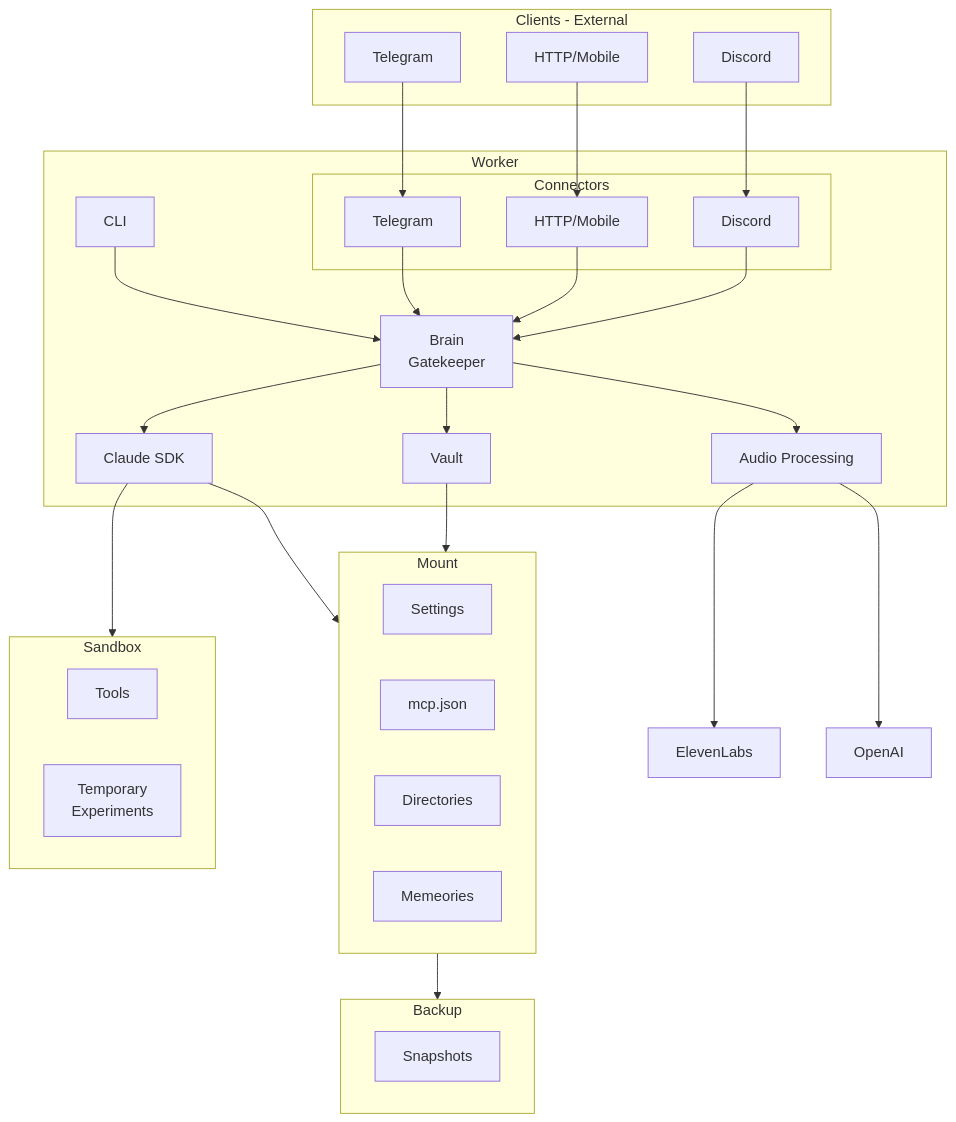
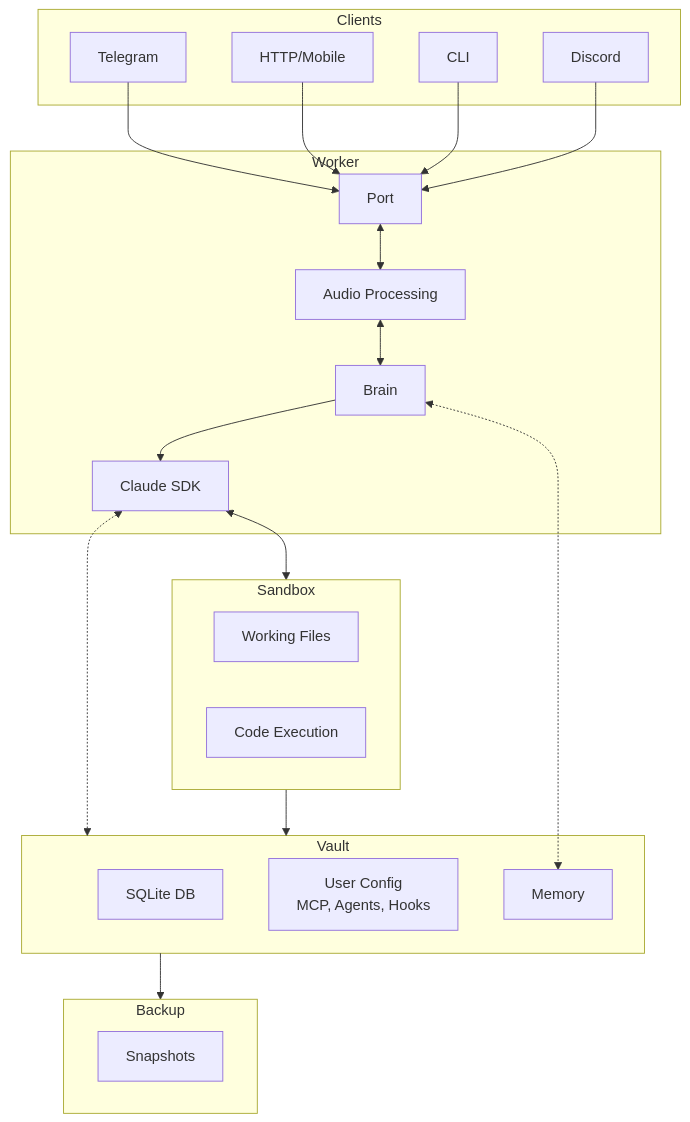
One commit to KoroMind/KoroMind changed the diagram in docs/single-instance-architecture.mmd. Above: the diagram before and after it, drawn with Mermaid. The commit also changed 2 other files, not shown here.

Commit message:
Add single-instance architecture docs with design decisions
- Human-readable doc with 8 key decisions (unified protocol, thin
  connectors, brain is thin, callbacks, vault config, sandbox vs vault,
  worker stateless, single worker)
- Machine-readable specs (SVC-001 to SVC-007)
- Mermaid diagram with bidirectional Audio Processing and SDK↔Vault

```diff
--- a/docs/single-instance-architecture.mmd
+++ b/docs/single-instance-architecture.mmd
@@ -1,58 +1,44 @@
 graph TD
-    subgraph Clients[Clients - External]
+    subgraph Clients[Clients]
         TG[Telegram]
         HTTP[HTTP/Mobile]
+        CLI[CLI]
         DISC[Discord]
     end
 
     subgraph Worker[Worker]
-        subgraph Connectors[Connectors]
-            TGW[Telegram]
-            HTTPW[HTTP/Mobile]
-            DISCW[Discord]
-        end
-        CLI[CLI]
-        BRAIN[Brain <br> Gatekeeper]
+        PORT[Port]
+        BRAIN[Brain]
         SDK[Claude SDK]
         VOICE[Audio Processing]
-        VAULT[Vault]
+
+        PORT <--> VOICE
+        VOICE <--> BRAIN
+        BRAIN --> SDK
     end
 
-    subgraph Mount[Mount]
-        SETTINGS[Settings]
-        MCP[mcp.json]
-        DIR[Directories]
-        MEM[Memeories]
+    subgraph Vault[Vault]
+        STATE[SQLite DB]
+        CONFIG[User Config<br/>MCP, Agents, Hooks]
+        MEMORY[Memory]
+    end
+
+    subgraph Sandbox[Sandbox]
+        FILES[Working Files]
+        EXEC[Code Execution]
     end
 
     subgraph Backup[Backup]
         SNAP[Snapshots]
     end
 
-    subgraph Sandbox[Sandbox]
-        TOOLS[Tools]
-        TMP[Temporary <br> Experiments]
-    end
+    TG --> PORT
+    HTTP --> PORT
+    CLI --> PORT
+    DISC --> PORT
 
-
-    TG --> TGW
-    HTTP --> HTTPW
-    DISC --> DISCW
-    CLI --> BRAIN
-
-    TGW --> BRAIN
-    HTTPW --> BRAIN
-    DISCW --> BRAIN
-    BRAIN --> VAULT
-
-    BRAIN --> SDK
-    BRAIN --> VOICE
-    SDK --> Sandbox
-
-    SDK --> Mount
-
-    VAULT --> Mount
-    VOICE --> ElevenLabs
-    VOICE --> OpenAI
-
-    Mount --> Backup
+    BRAIN <-.-> MEMORY
+    SDK <--> Sandbox
+    SDK <-.-> Vault
+    Sandbox --> Vault
+    Vault --> Backup
```
